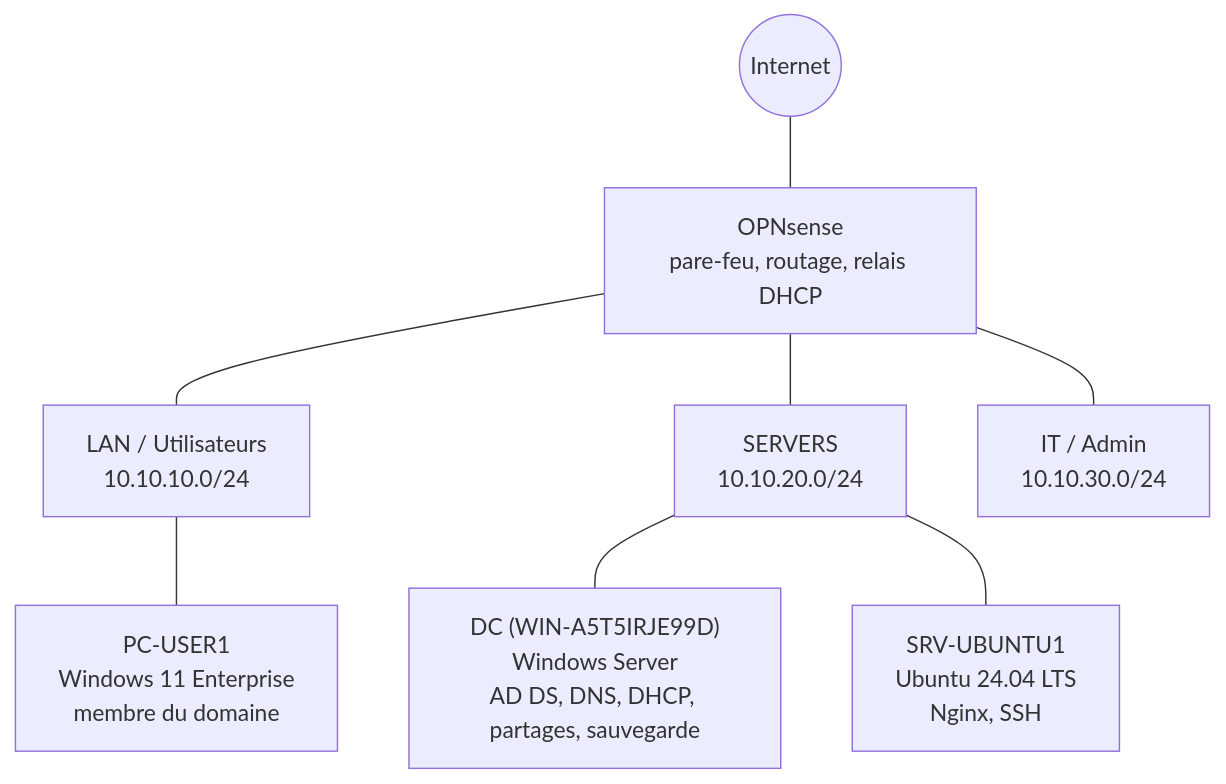
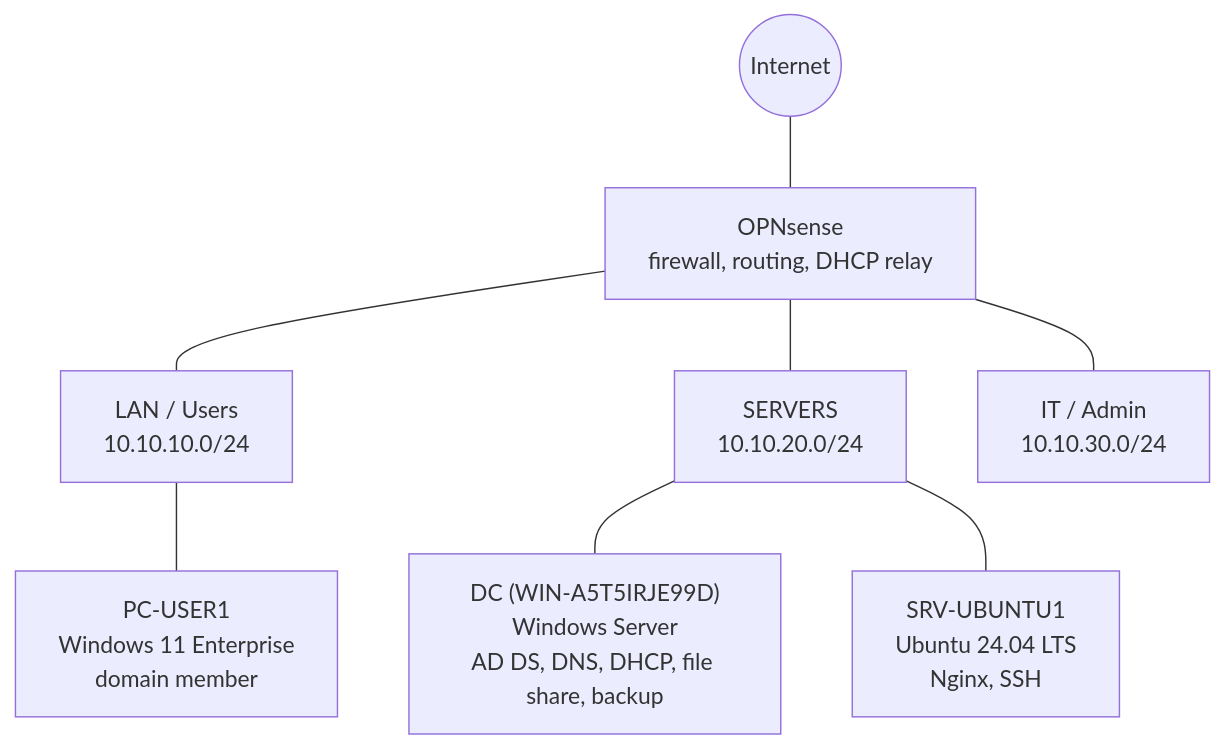
Before and after one commit to bilalgh1/sysadmin-lab: the diagram in README.md, drawn with Mermaid. The commit also changed other lines of this file and 46 other files, not shown here.

````diff
--- a/README.md
+++ b/README.md
@@ -28,10 +29,10 @@
 ```mermaid
 flowchart TB
-    INET((Internet)) --- FW["OPNsense<br/>pare-feu, routage, relais DHCP"]
-    FW --- LAN["LAN / Utilisateurs<br/>10.10.10.0/24"]
+    INET((Internet)) --- FW["OPNsense<br/>firewall, routing, DHCP relay"]
+    FW --- LAN["LAN / Users<br/>10.10.10.0/24"]
     FW --- SRV["SERVERS<br/>10.10.20.0/24"]
     FW --- IT["IT / Admin<br/>10.10.30.0/24"]
-    LAN --- PC["PC-USER1<br/>Windows 11 Enterprise<br/>membre du domaine"]
-    SRV --- DC["DC (WIN-A5T5IRJE99D)<br/>Windows Server<br/>AD DS, DNS, DHCP, partages, sauvegarde"]
+    LAN --- PC["PC-USER1<br/>Windows 11 Enterprise<br/>domain member"]
+    SRV --- DC["DC (WIN-A5T5IRJE99D)<br/>Windows Server<br/>AD DS, DNS, DHCP, file share, backup"]
     SRV --- LNX["SRV-UBUNTU1<br/>Ubuntu 24.04 LTS<br/>Nginx, SSH"]
 ```
````
